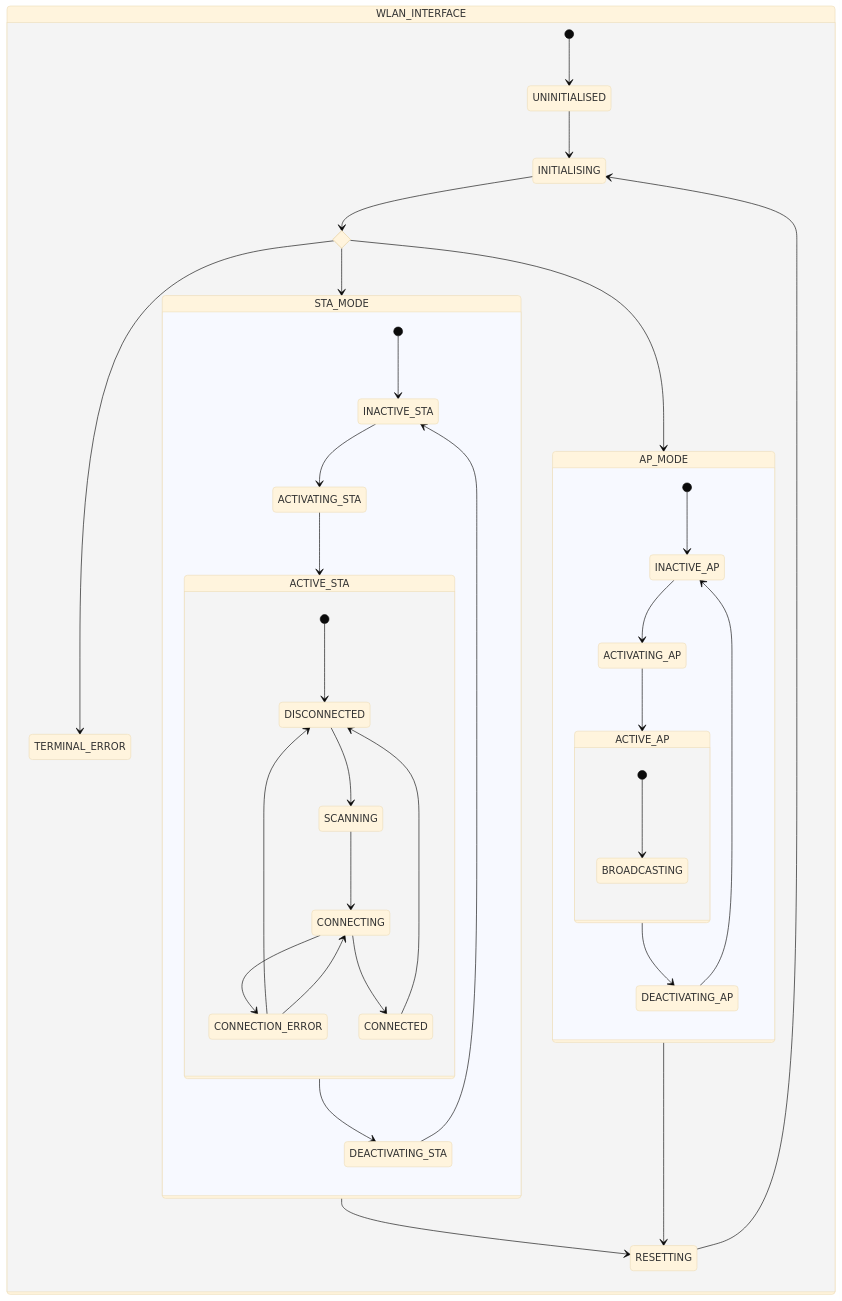
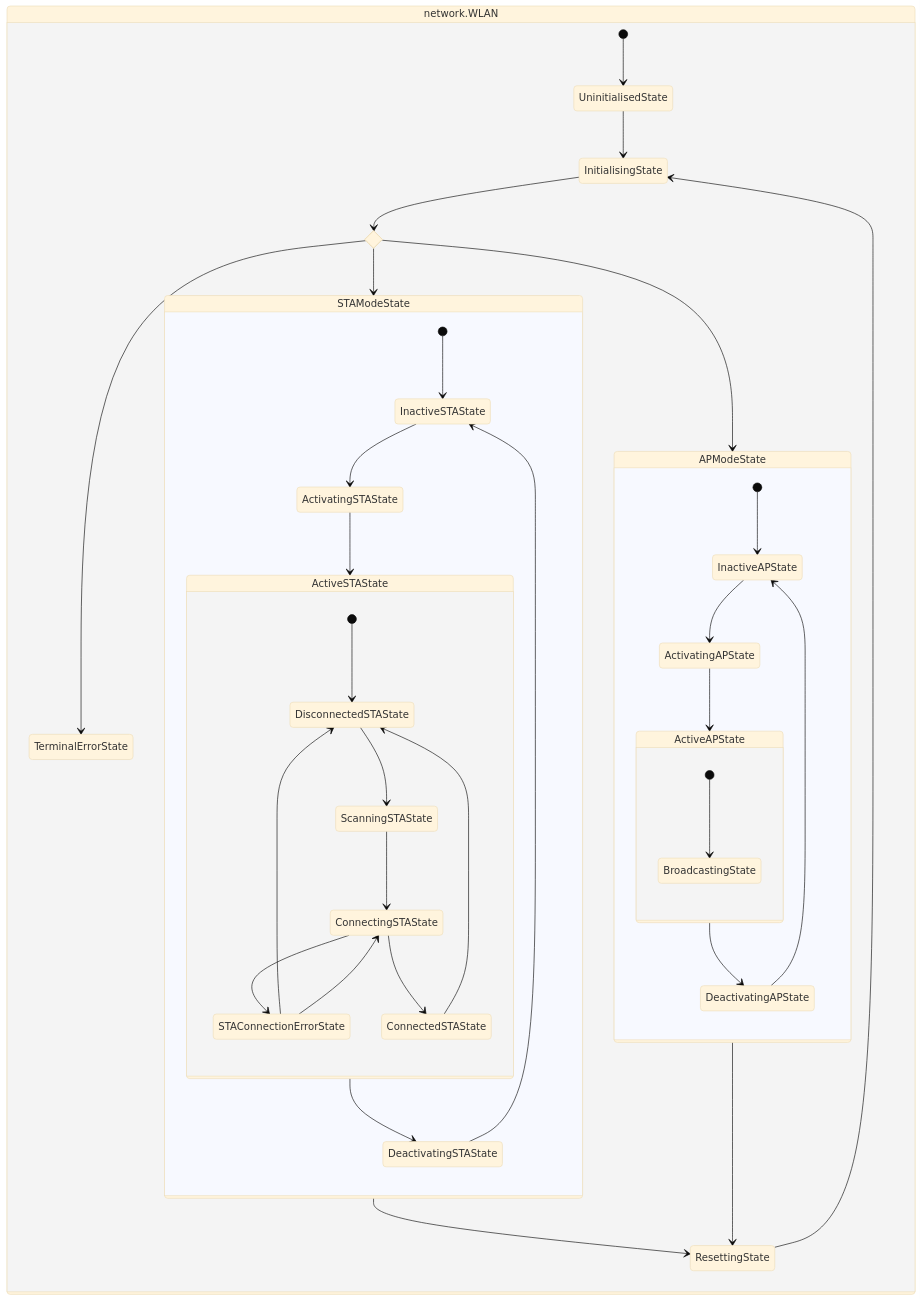
The diagram in README.md (andyrids/micropython-networkutils), drawn with Mermaid (base theme) before and after one commit. The commit also changed other lines of this file, not shown here.

Commit message:
docs: update README introduction

````diff
--- a/README.md
+++ b/README.md
@@ -26,49 +12,49 @@
 ```mermaid
 stateDiagram-v2
   direction TB
-  state WLAN_INTERFACE {
+  state network.WLAN {
     direction TB
-    [*] --> UNINITIALISED
-    state WLAN_MODE <<choice>>
+    [*] --> UninitialisedState
+    state WLANModeChoiceState <<choice>>
 
-    UNINITIALISED --> INITIALISING
-    INITIALISING --> WLAN_MODE
-    WLAN_MODE --> TERMINAL_ERROR
-    WLAN_MODE --> AP_MODE
-    WLAN_MODE --> STA_MODE
-    STA_MODE --> RESETTING
-    AP_MODE --> RESETTING
-    RESETTING --> INITIALISING
+    UninitialisedState --> InitialisingState
+    InitialisingState --> WLANModeChoiceState
+    WLANModeChoiceState --> TerminalErrorState
+    WLANModeChoiceState --> APModeState
+    WLANModeChoiceState --> STAModeState
+    STAModeState --> ResettingState
+    APModeState --> ResettingState
+    ResettingState --> InitialisingState
 
-    state AP_MODE {
+    state APModeState {
       direction TB
-      [*] --> INACTIVE_AP
-      INACTIVE_AP --> ACTIVATING_AP
-      ACTIVATING_AP --> ACTIVE_AP
-      ACTIVE_AP --> DEACTIVATING_AP
-      DEACTIVATING_AP --> INACTIVE_AP
-      state ACTIVE_AP {
+      [*] --> InactiveAPState
+      InactiveAPState --> ActivatingAPState
+      ActivatingAPState --> ActiveAPState
+      ActiveAPState --> DeactivatingAPState
+      DeactivatingAPState --> InactiveAPState
+      state ActiveAPState {
         direction TB
-        [*] --> BROADCASTING
+        [*] --> BroadcastingState
       }
     }
-    state STA_MODE {
+    state STAModeState {
       direction TB
-      [*] --> INACTIVE_STA
-      INACTIVE_STA --> ACTIVATING_STA
-      ACTIVATING_STA --> ACTIVE_STA
-      ACTIVE_STA --> DEACTIVATING_STA
-      DEACTIVATING_STA --> INACTIVE_STA
-      state ACTIVE_STA {
-        [*] --> DISCONNECTED
-        DISCONNECTED --> SCANNING
-        SCANNING --> CONNECTING
-        CONNECTING --> CONNECTION_ERROR
-        CONNECTION_ERROR --> DISCONNECTED
-        CONNECTION_ERROR --> CONNECTING
-        CONNECTING --> CONNECTED
-        CONNECTED --> DISCONNECTED
+      [*] --> InactiveSTAState
+      InactiveSTAState --> ActivatingSTAState
+      ActivatingSTAState --> ActiveSTAState
+      ActiveSTAState --> DeactivatingSTAState
+      DeactivatingSTAState --> InactiveSTAState
+      state ActiveSTAState {
+        [*] --> DisconnectedSTAState
+        DisconnectedSTAState --> ScanningSTAState
+        ScanningSTAState --> ConnectingSTAState
+        ConnectingSTAState --> STAConnectionErrorState
+        STAConnectionErrorState --> DisconnectedSTAState
+        STAConnectionErrorState --> ConnectingSTAState
+        ConnectingSTAState --> ConnectedSTAState
+        ConnectedSTAState --> DisconnectedSTAState
       }
     }
   }
 ```
````
